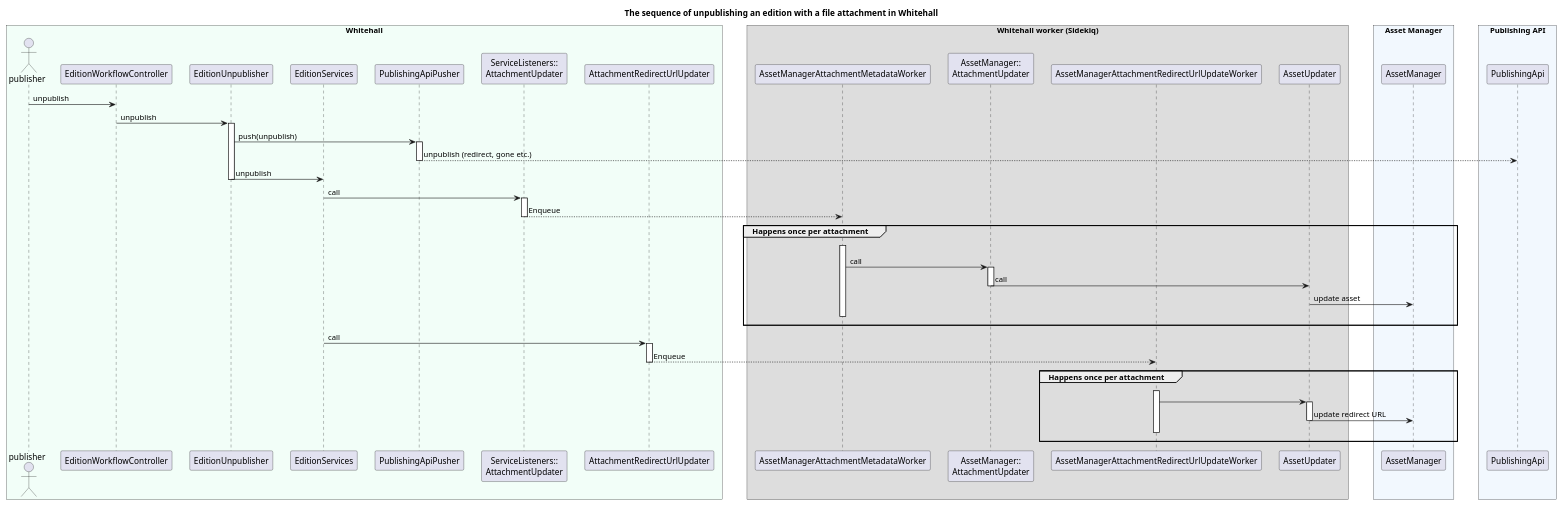
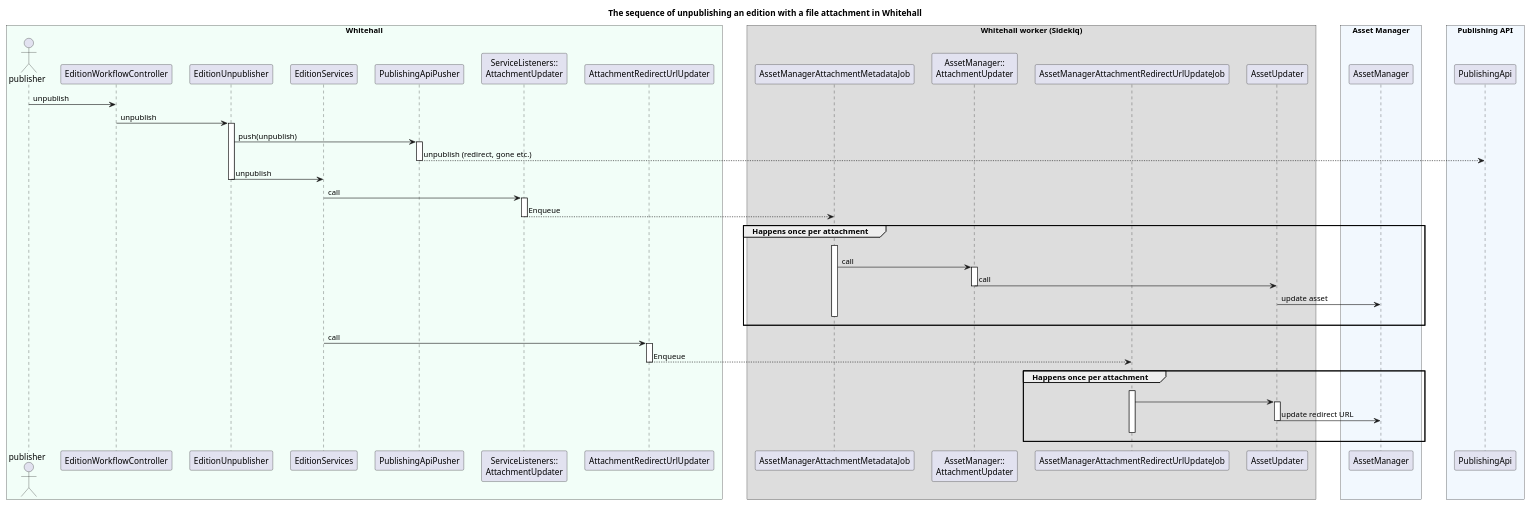
One commit to alphagov/whitehall changed the diagram in docs/diagrams/asset_attachment_edition_unpublishing_flow.puml. Above: the diagram before and after it, drawn with PlantUML. The commit also changed 16 other files, not shown here.

Commit message:
Update readmes and diagrams to use new job names

```diff
--- a/docs/diagrams/asset_attachment_edition_unpublishing_flow.puml
+++ b/docs/diagrams/asset_attachment_edition_unpublishing_flow.puml
@@ -1,67 +1,67 @@
 @startuml asset_attachment_edition_unpublishing_flow
 
 title The sequence of unpublishing an edition with a file attachment in Whitehall
 skinparam BoxPadding 20
 skinparam ParticipantPadding 10
 
 box "Whitehall" #f2fef8
 actor publisher
 participant EditionWorkflowController
 participant EditionUnpublisher
 participant EditionServices
 participant PublishingApiPusher
 participant "ServiceListeners::\nAttachmentUpdater" as slAttachmentUpdater
 participant AttachmentRedirectUrlUpdater
 end box
 
 box Whitehall worker (Sidekiq)
-participant AssetManagerAttachmentMetadataWorker
+participant AssetManagerAttachmentMetadataJob
 participant "AssetManager::\nAttachmentUpdater" as amAttachmentUpdater
-participant AssetManagerAttachmentRedirectUrlUpdateWorker
+participant AssetManagerAttachmentRedirectUrlUpdateJob
 participant AssetUpdater
 end box
 
 box "Asset Manager" #f2f8fe
 participant AssetManager
 end box
 
 box "Publishing API" #f2f8fe
 participant PublishingApi
 end box
 
 publisher -> EditionWorkflowController : unpublish
 EditionWorkflowController -> EditionUnpublisher : unpublish
 activate EditionUnpublisher
 EditionUnpublisher -> PublishingApiPusher : push(unpublish)
 activate PublishingApiPusher
 PublishingApiPusher --> PublishingApi : unpublish (redirect, gone etc.)
 deactivate PublishingApiPusher
 EditionUnpublisher -> EditionServices : unpublish
 deactivate EditionUnpublisher
 EditionServices -> slAttachmentUpdater : call
 
 activate slAttachmentUpdater
-slAttachmentUpdater --> AssetManagerAttachmentMetadataWorker : Enqueue
+slAttachmentUpdater --> AssetManagerAttachmentMetadataJob : Enqueue
 deactivate
 
 group Happens once per attachment
-  AssetManagerAttachmentMetadataWorker -[hidden]> AssetManagerAttachmentMetadataWorker++
-  AssetManagerAttachmentMetadataWorker -> amAttachmentUpdater++ : call
+  AssetManagerAttachmentMetadataJob -[hidden]> AssetManagerAttachmentMetadataJob++
+  AssetManagerAttachmentMetadataJob -> amAttachmentUpdater++ : call
   amAttachmentUpdater -> AssetUpdater-- : call
   AssetUpdater -> AssetManager : update asset
-  AssetManagerAttachmentMetadataWorker -[hidden]> AssetManagerAttachmentMetadataWorker--
+  AssetManagerAttachmentMetadataJob -[hidden]> AssetManagerAttachmentMetadataJob--
 end group
 
 EditionServices -> AttachmentRedirectUrlUpdater : call
 
 activate AttachmentRedirectUrlUpdater
-AttachmentRedirectUrlUpdater --> AssetManagerAttachmentRedirectUrlUpdateWorker : Enqueue
+AttachmentRedirectUrlUpdater --> AssetManagerAttachmentRedirectUrlUpdateJob : Enqueue
 deactivate
 
 group Happens once per attachment
-  AssetManagerAttachmentRedirectUrlUpdateWorker -[hidden]> AssetManagerAttachmentRedirectUrlUpdateWorker++
-  AssetManagerAttachmentRedirectUrlUpdateWorker -> AssetUpdater++
+  AssetManagerAttachmentRedirectUrlUpdateJob -[hidden]> AssetManagerAttachmentRedirectUrlUpdateJob++
+  AssetManagerAttachmentRedirectUrlUpdateJob -> AssetUpdater++
   AssetUpdater -> AssetManager-- : update redirect URL
-  AssetManagerAttachmentRedirectUrlUpdateWorker -[hidden]> AssetManagerAttachmentRedirectUrlUpdateWorker--
+  AssetManagerAttachmentRedirectUrlUpdateJob -[hidden]> AssetManagerAttachmentRedirectUrlUpdateJob--
 end group
 @enduml
```
